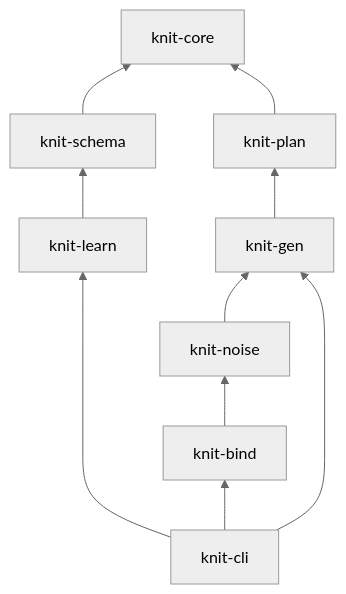
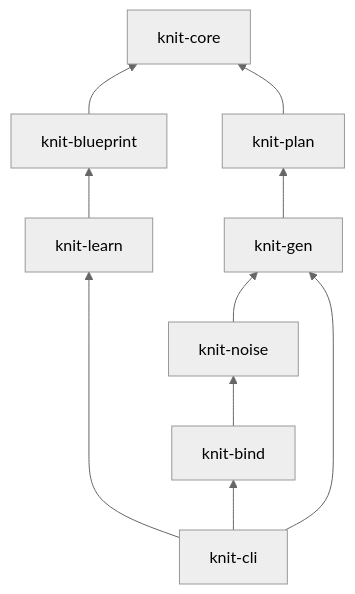
One commit to Yaming-Hub/knit changed the first of 2 diagrams in docs/design-core.md. Above: the diagram before and after it, drawn with Mermaid (neutral theme). The commit also changed other lines of this file and 99 other files, not shown here.

First line of the commit message:
refactor: rename 'schema' to 'blueprint' throughout codebase (#235)

````diff
--- a/docs/design-core.md
+++ b/docs/design-core.md
@@ -18,11 +18,11 @@
 ```mermaid
 flowchart BT
     core[knit-core]
-    schema[knit-schema] --> core
+    blueprint[knit-blueprint] --> core
     plan[knit-plan] --> core
     gen[knit-gen] --> plan
     noise[knit-noise] --> gen
     bind[knit-bind] --> noise
-    learn[knit-learn] --> schema
+    learn[knit-learn] --> blueprint
     cli[knit-cli] --> gen & learn & bind
 ```
````
